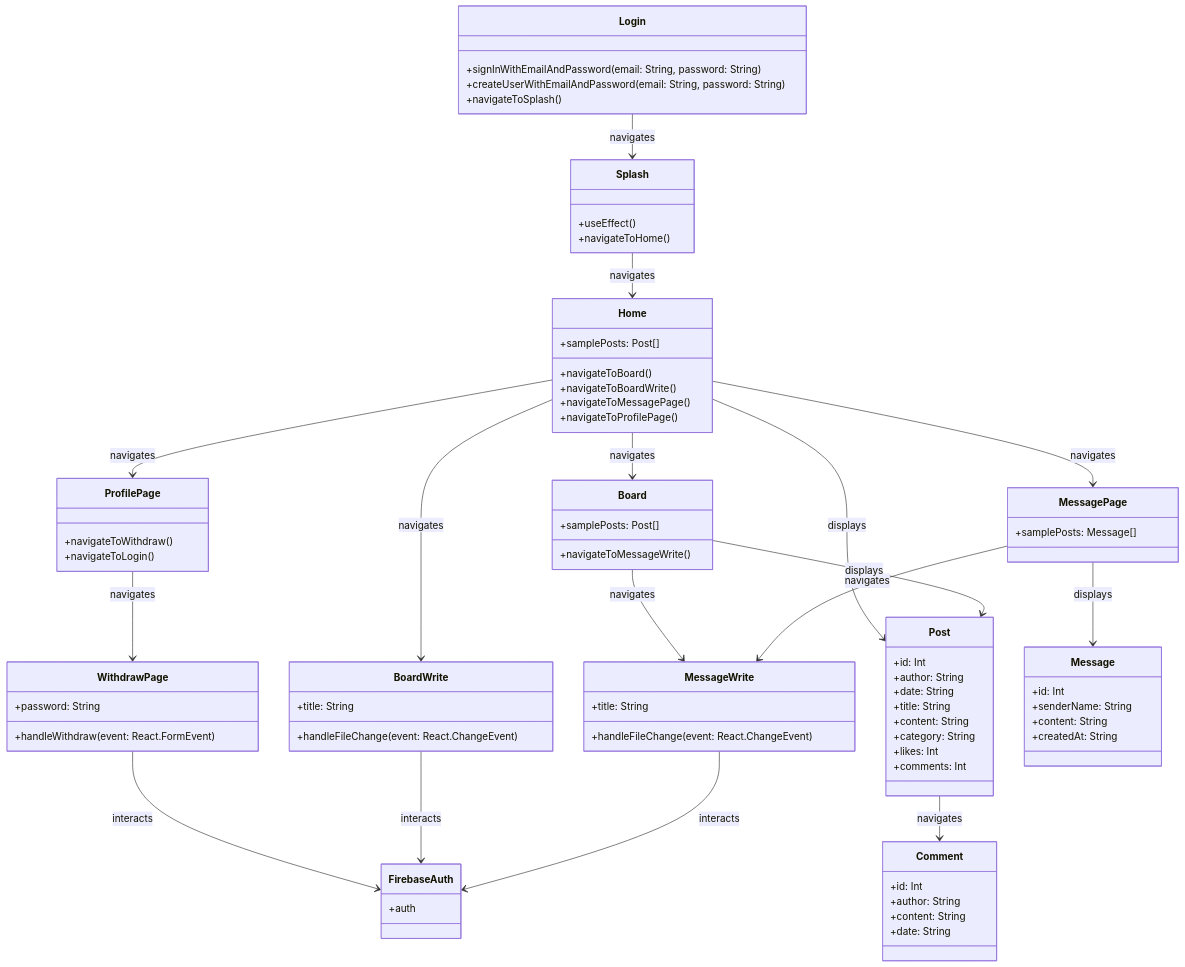
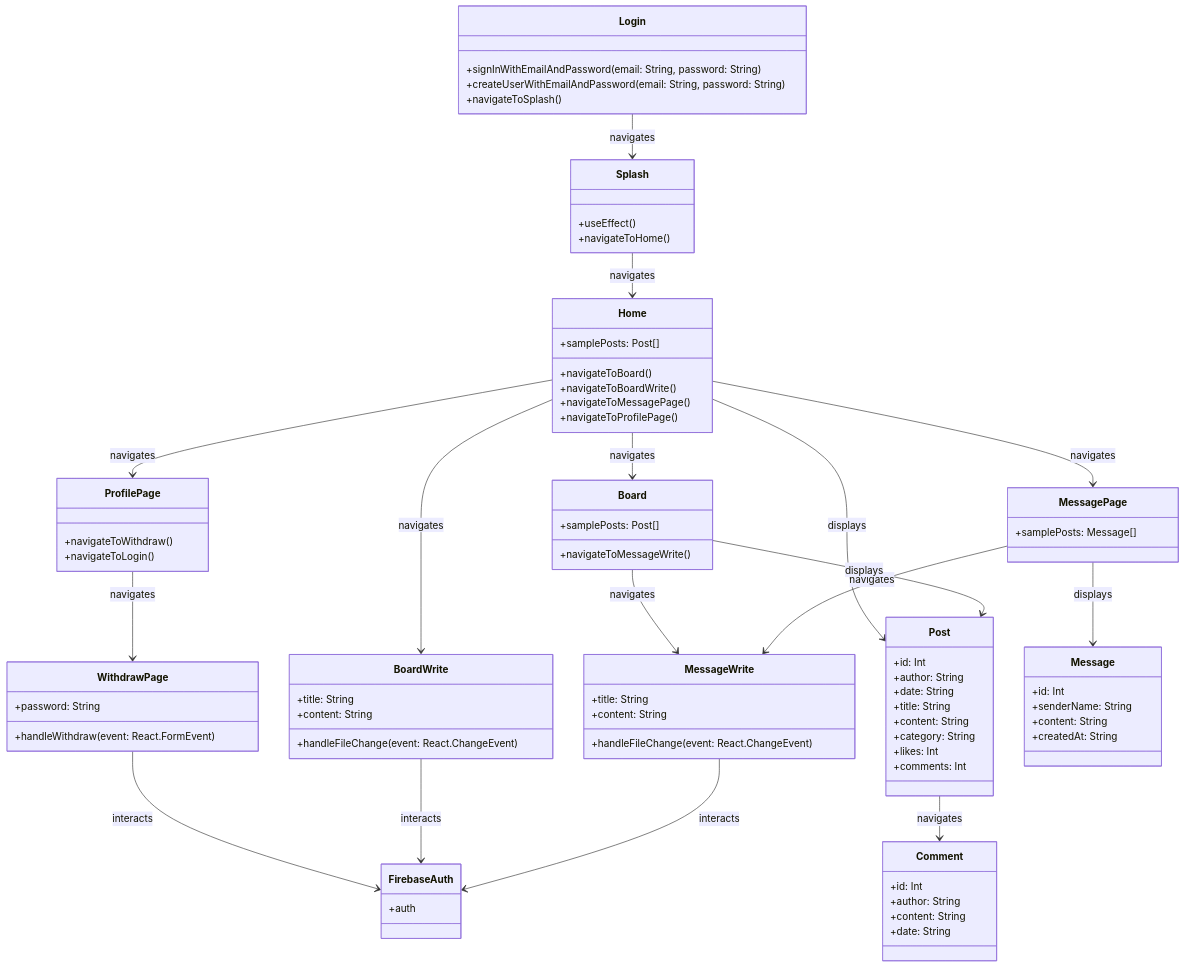
One commit to Playinc-React-NodeJS-etc/Eoullim changed the diagram in README.md. Above: the diagram before and after it, drawn with Mermaid.

```diff
--- a/README.md
+++ b/README.md
@@ -15,6 +15,7 @@
 
     class BoardWrite {
         +title: String
+        +content: String
         +handleFileChange(event: React.ChangeEvent<HTMLInputElement>)
     }
 
@@ -40,6 +41,7 @@
 
     class MessageWrite {
         +title: String
+        +content: String
         +handleFileChange(event: React.ChangeEvent<HTMLInputElement>)
     }
 
```
